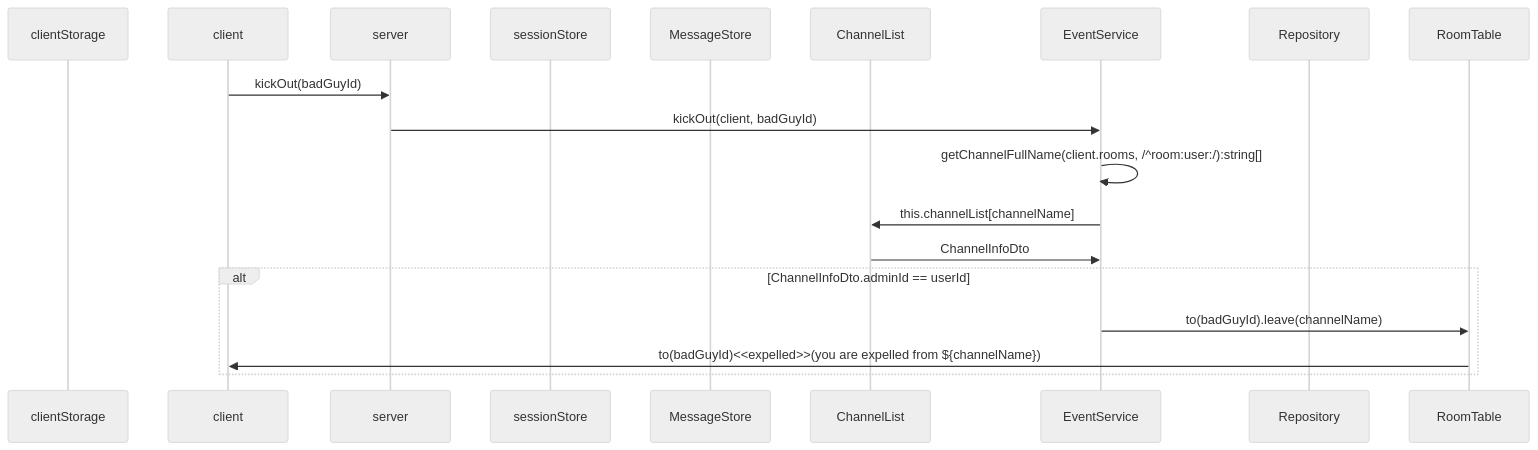
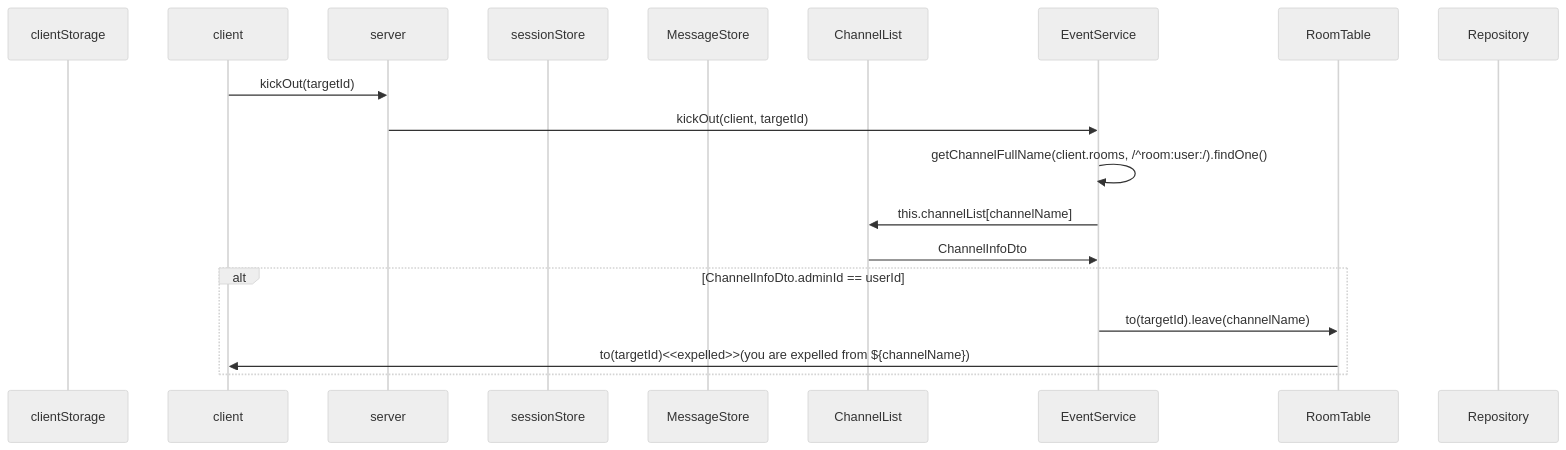
One commit to mtak0235/simmons_transcendence changed diagram 11 of 19 in backend/node/app/event.md. Above: the diagram before and after it, drawn with Mermaid (neutral theme). The commit also changed other lines of this file, not shown here.

````diff
--- a/backend/node/app/event.md
+++ b/backend/node/app/event.md
@@ -258,22 +271,22 @@
 ```mermaid
 sequenceDiagram
 participant cls as clientStorage
 participant c as client
 participant ga as server
 participant ss as sessionStore
 participant ms as MessageStore
 participant cns as ChannelList
 participant cs as EventService
+participant rt as RoomTable
 participant r as Repository
-participant rt as RoomTable
 
-c->>ga: kickOut(badGuyId)
-ga->>cs: kickOut(client, badGuyId)
-cs->>cs: getChannelFullName(client.rooms, /^room:user:/):string[]
+c->>ga: kickOut(targetId)
+ga->>cs: kickOut(client, targetId)
+cs->>cs: getChannelFullName(client.rooms, /^room:user:/).findOne()
 cs->>cns: this.channelList[channelName]
 cns->>cs: ChannelInfoDto
 alt ChannelInfoDto.adminId == userId
-cs->>rt: to(badGuyId).leave(channelName)
-rt->>c: to(badGuyId)<<expelled>>(you are expelled from ${channelName})
+cs->>rt: to(targetId).leave(channelName)
+rt->>c: to(targetId)<<expelled>>(you are expelled from ${channelName})
 end
 ```
````
